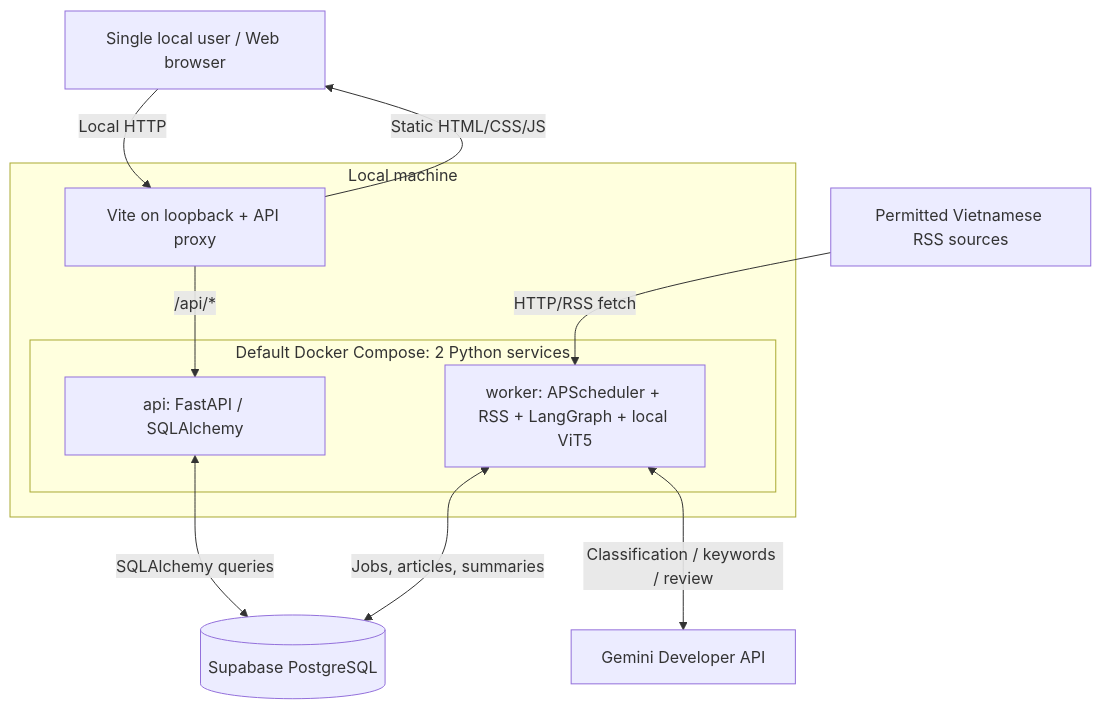
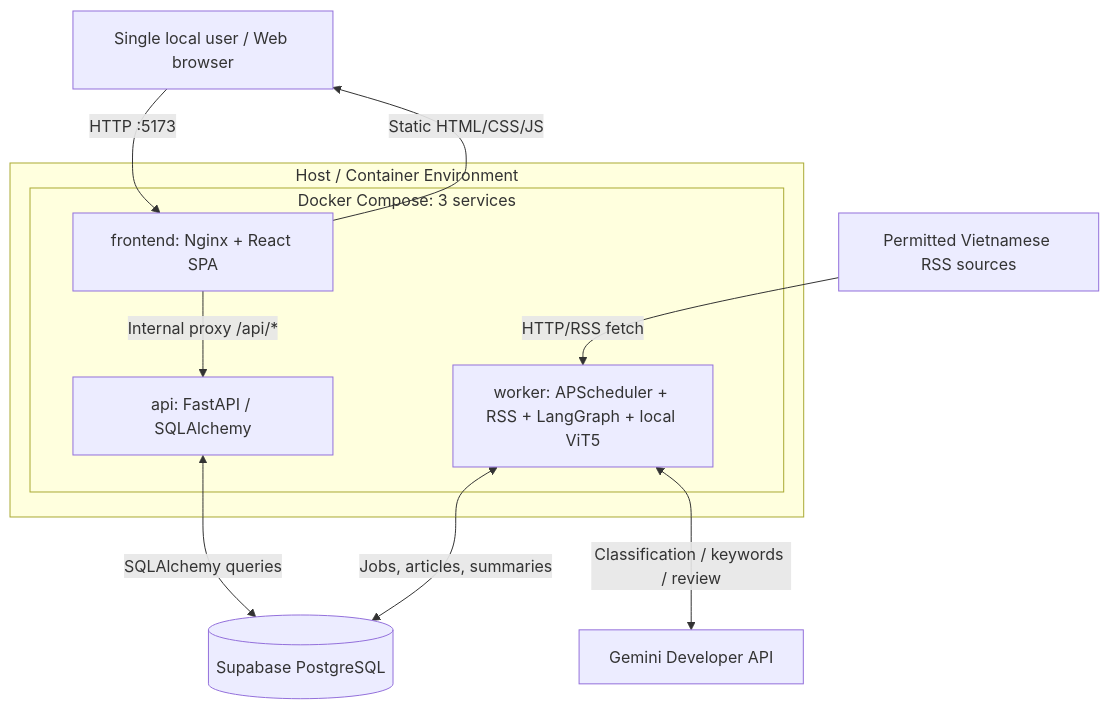
One commit to youngazier/vietnamese-news-summarization changed the first of 5 diagrams in docs/architecture.md. Above: the diagram before and after it, drawn with Mermaid. The commit also changed other lines of this file and 25 other files, not shown here.

````diff
--- a/docs/architecture.md
+++ b/docs/architecture.md
@@ -78,23 +78,23 @@
 ```mermaid
 flowchart TB
     Reader[Single local user / Web browser]
     Publisher[Permitted Vietnamese RSS sources]
     Provider[Gemini Developer API]
     DB[(Supabase PostgreSQL)]
 
-    subgraph Host[Local machine]
-      NG[Vite on loopback + API proxy]
-      subgraph Compose[Default Docker Compose: 2 Python services]
+    subgraph Host[Host / Container Environment]
+      subgraph Compose[Docker Compose: 3 services]
+        FE[frontend: Nginx + React SPA]
         API[api: FastAPI / SQLAlchemy]
         WK[worker: APScheduler + RSS + LangGraph + local ViT5]
       end
     end
 
-    Reader -->|Local HTTP| NG
-    NG -->|Static HTML/CSS/JS| Reader
-    NG -->|/api/*| API
+    Reader -->|HTTP :5173| FE
+    FE -->|Static HTML/CSS/JS| Reader
+    FE -->|Internal proxy /api/*| API
     API <-->|SQLAlchemy queries| DB
     WK <-->|Jobs, articles, summaries| DB
     Publisher -->|HTTP/RSS fetch| WK
     WK <-->|Classification / keywords / review| Provider
 ```
````
